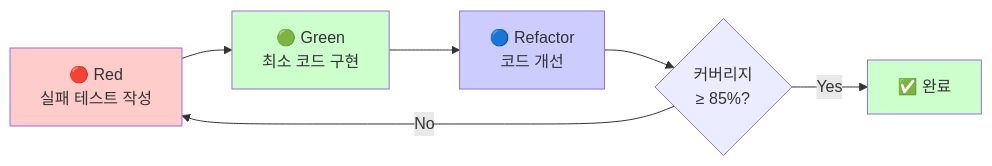
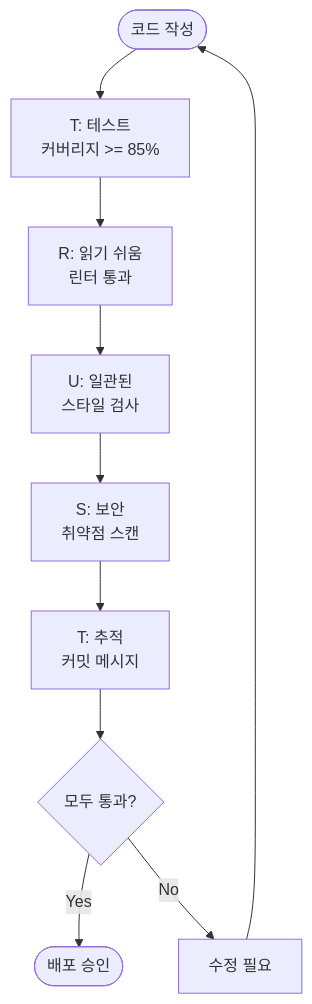
Before and after one commit to modu-ai/moai-adk: the fourth of 5 diagrams in README.ko.md, drawn with Mermaid. The commit also changed other lines of this file and 535 other files, not shown here.

First line of the commit message:
refactor(skills): Major architecture redesign - 39 → 22 modular skills

````diff
--- a/README.ko.md
+++ b/README.ko.md
@@ -1043,13 +1178,12 @@
 ```mermaid
-flowchart LR
-    Red[🔴 Red<br/>실패 테스트 작성] --> Green[🟢 Green<br/>최소 코드 구현]
-    Green --> Refactor[🔵 Refactor<br/>코드 개선]
-    Refactor --> Coverage{커버리지<br/>≥ 85%?}
-    Coverage -->|No| Red
-    Coverage -->|Yes| Done[✅ 완료]
-
-    style Red fill:#ffcccc
-    style Green fill:#ccffcc
-    style Refactor fill:#ccccff
-    style Done fill:#ccffcc
+flowchart TD
+    Start([코드 작성]) --> T[T: 테스트<br/>커버리지 >= 85%]
+    T --> R[R: 읽기 쉬움<br/>린터 통과]
+    R --> U[U: 일관된<br/>스타일 검사]
+    U --> S[S: 보안<br/>취약점 스캔]
+    S --> T2[T: 추적<br/>커밋 메시지]
+    T2 --> Pass{모두 통과?}
+    Pass -->|Yes| Success([배포 승인])
+    Pass -->|No| Fix[수정 필요]
+    Fix --> Start
 ```
````
